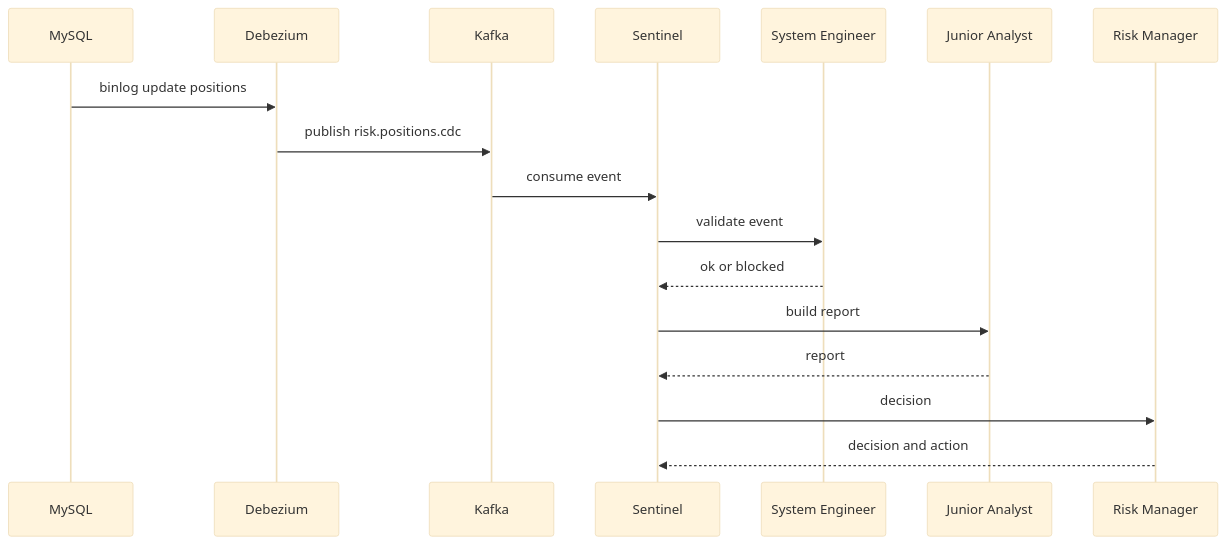
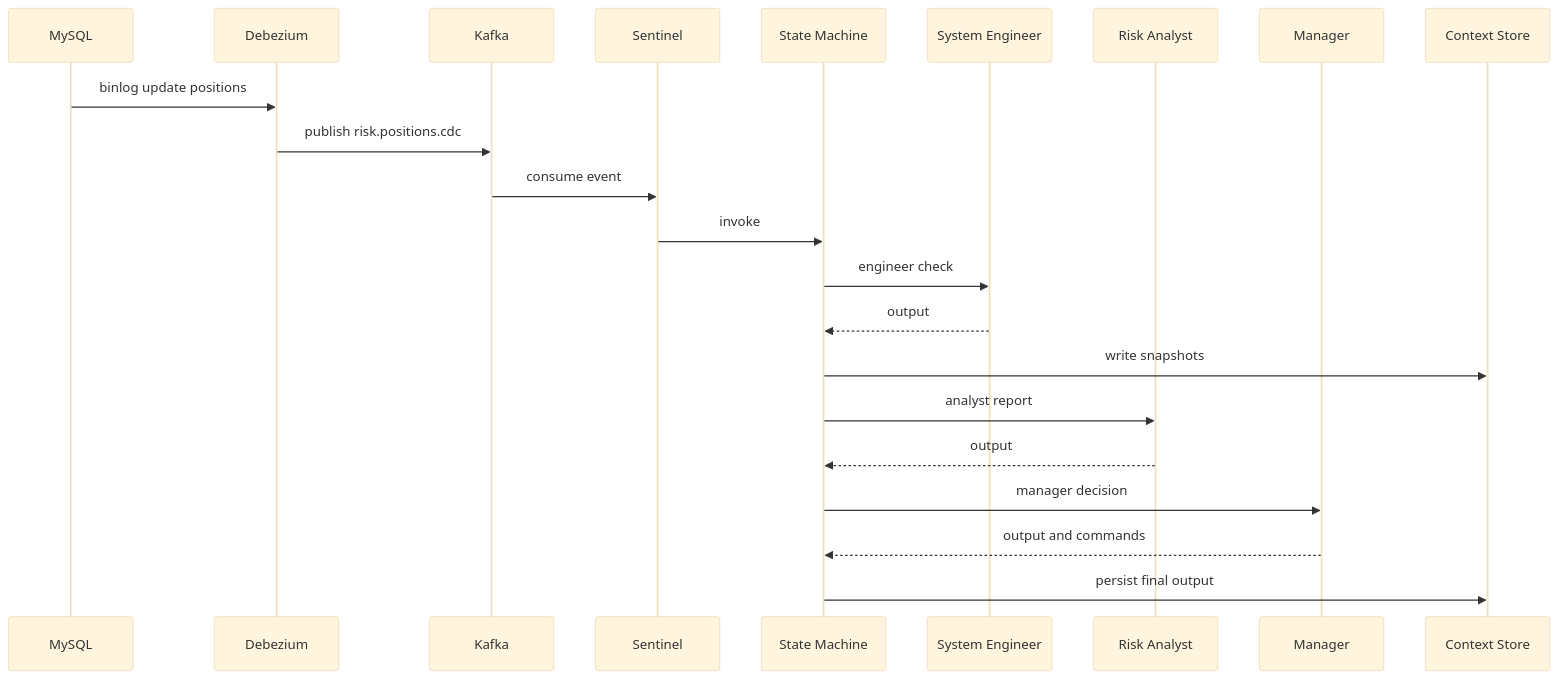
One commit to Zheng-Chuan/RiskMonitor-MultiAgent changed the third of 3 diagrams in docs/ARCHITECTURE.md. Above: the diagram before and after it, drawn with Mermaid (base theme). The commit also changed other lines of this file and 38 other files, not shown here.

````diff
--- a/docs/ARCHITECTURE.md
+++ b/docs/ARCHITECTURE.md
@@ -103,20 +107,25 @@
 ```mermaid
 sequenceDiagram
   participant DB as MySQL
   participant Deb as Debezium
   participant K as Kafka
   participant Sen as Sentinel
+  participant SM as State Machine
   participant Eng as System Engineer
-  participant Ana as Junior Analyst
-  participant Mgr as Risk Manager
+  participant Ana as Risk Analyst
+  participant Mgr as Manager
+  participant CS as Context Store
 
   DB->>Deb: binlog update positions
   Deb->>K: publish risk.positions.cdc
   K->>Sen: consume event
-  Sen->>Eng: validate event
-  Eng-->>Sen: ok or blocked
-  Sen->>Ana: build report
-  Ana-->>Sen: report
-  Sen->>Mgr: decision
-  Mgr-->>Sen: decision and action
+  Sen->>SM: invoke
+  SM->>Eng: engineer check
+  Eng-->>SM: output
+  SM->>CS: write snapshots
+  SM->>Ana: analyst report
+  Ana-->>SM: output
+  SM->>Mgr: manager decision
+  Mgr-->>SM: output and commands
+  SM->>CS: persist final output
 ```
````
